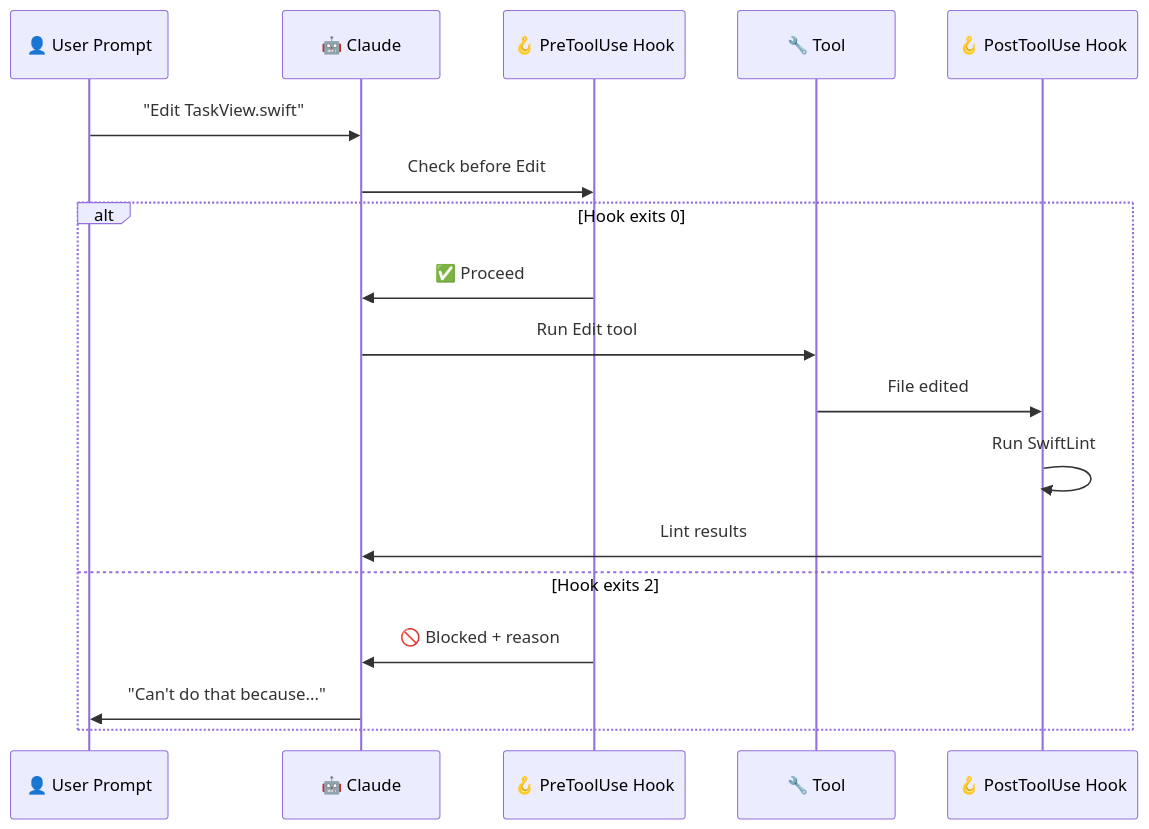
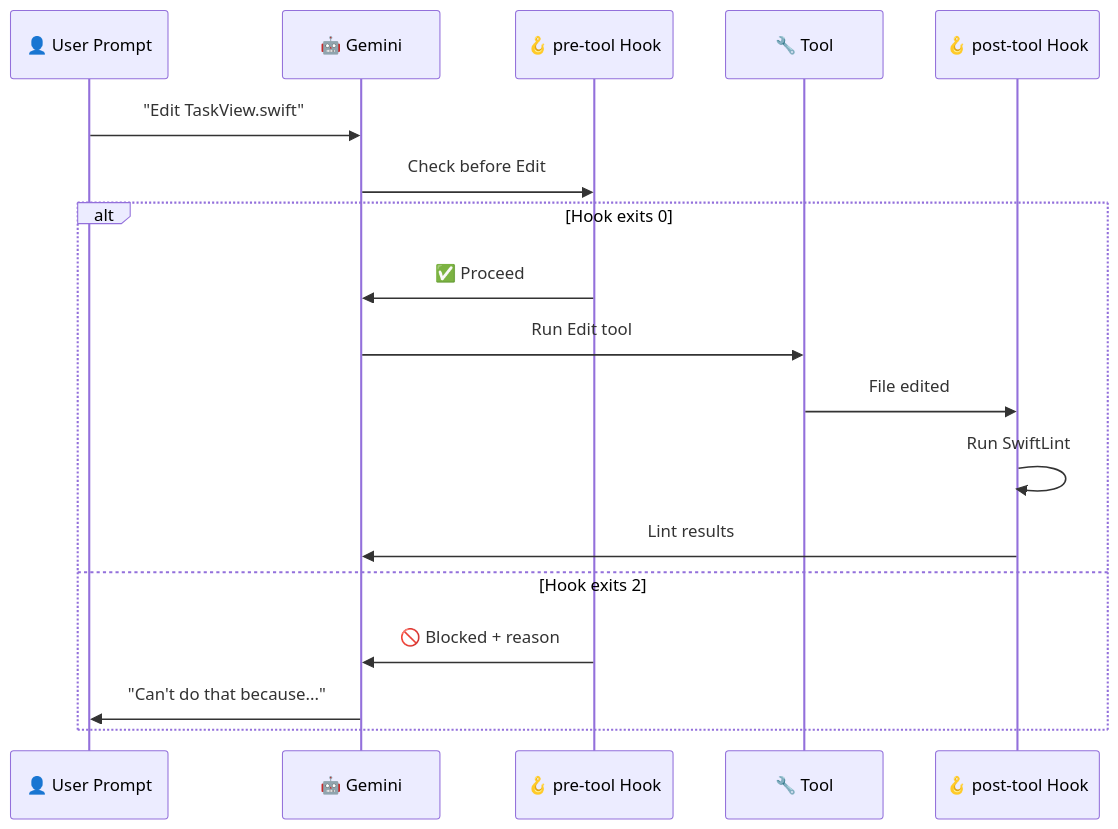
The diagram in Part 2 — Power Tools/07-hooks.md (mariusjcb/gh-agentic-code-guides), drawn with Mermaid before and after one commit. The commit also changed other lines of this file and 1 other file, not shown here.

First line of the commit message:
Adapt commands and hooks guides for Gemini CLI

````diff
--- a/Part 2 — Power Tools/07-hooks.md
+++ b/Part 2 — Power Tools/07-hooks.md
@@ -101,21 +116,21 @@
 ```mermaid
 sequenceDiagram
     participant U as 👤 User Prompt
-    participant C as 🤖 Claude
-    participant Pre as 🪝 PreToolUse Hook
+    participant G as 🤖 Gemini
+    participant Pre as 🪝 pre-tool Hook
     participant T as 🔧 Tool
-    participant Post as 🪝 PostToolUse Hook
+    participant Post as 🪝 post-tool Hook
 
-    U->>C: "Edit TaskView.swift"
-    C->>Pre: Check before Edit
+    U->>G: "Edit TaskView.swift"
+    G->>Pre: Check before Edit
     alt Hook exits 0
-        Pre->>C: ✅ Proceed
-        C->>T: Run Edit tool
+        Pre->>G: ✅ Proceed
+        G->>T: Run Edit tool
         T->>Post: File edited
         Post->>Post: Run SwiftLint
-        Post->>C: Lint results
+        Post->>G: Lint results
     else Hook exits 2
-        Pre->>C: 🚫 Blocked + reason
-        C->>U: "Can't do that because..."
+        Pre->>G: 🚫 Blocked + reason
+        G->>U: "Can't do that because..."
     end
 ```
````
